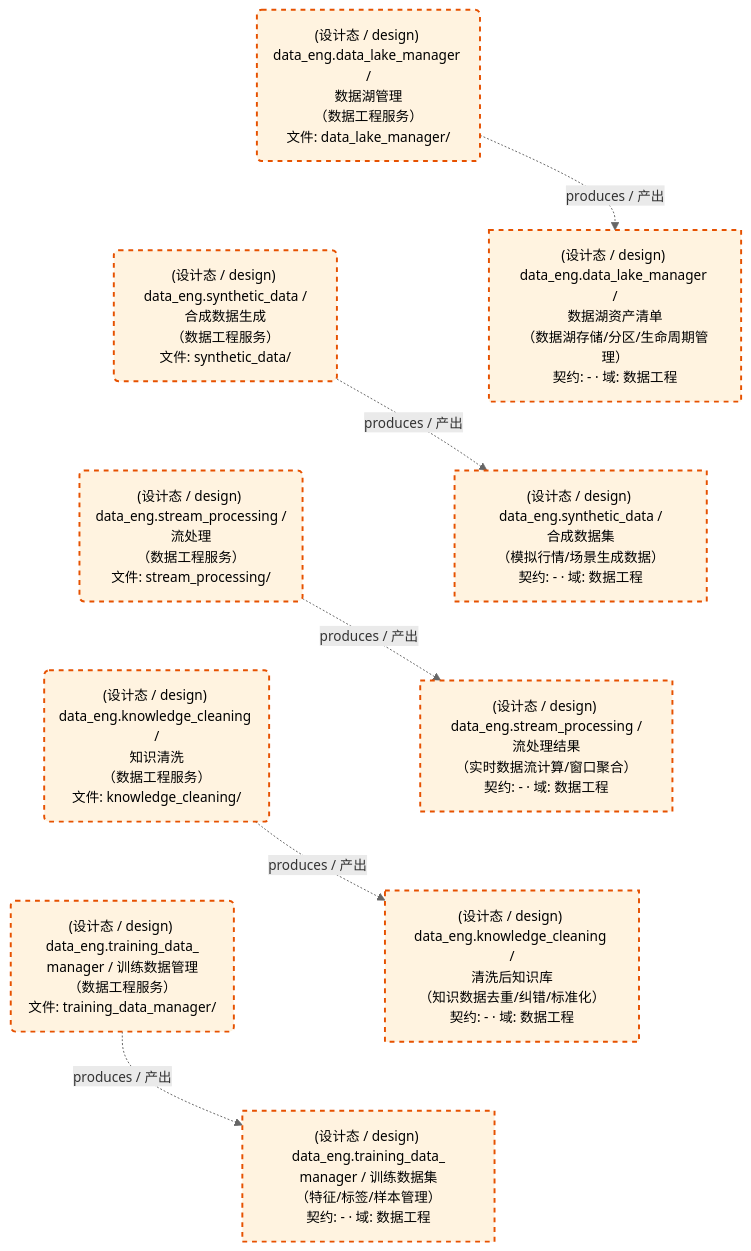
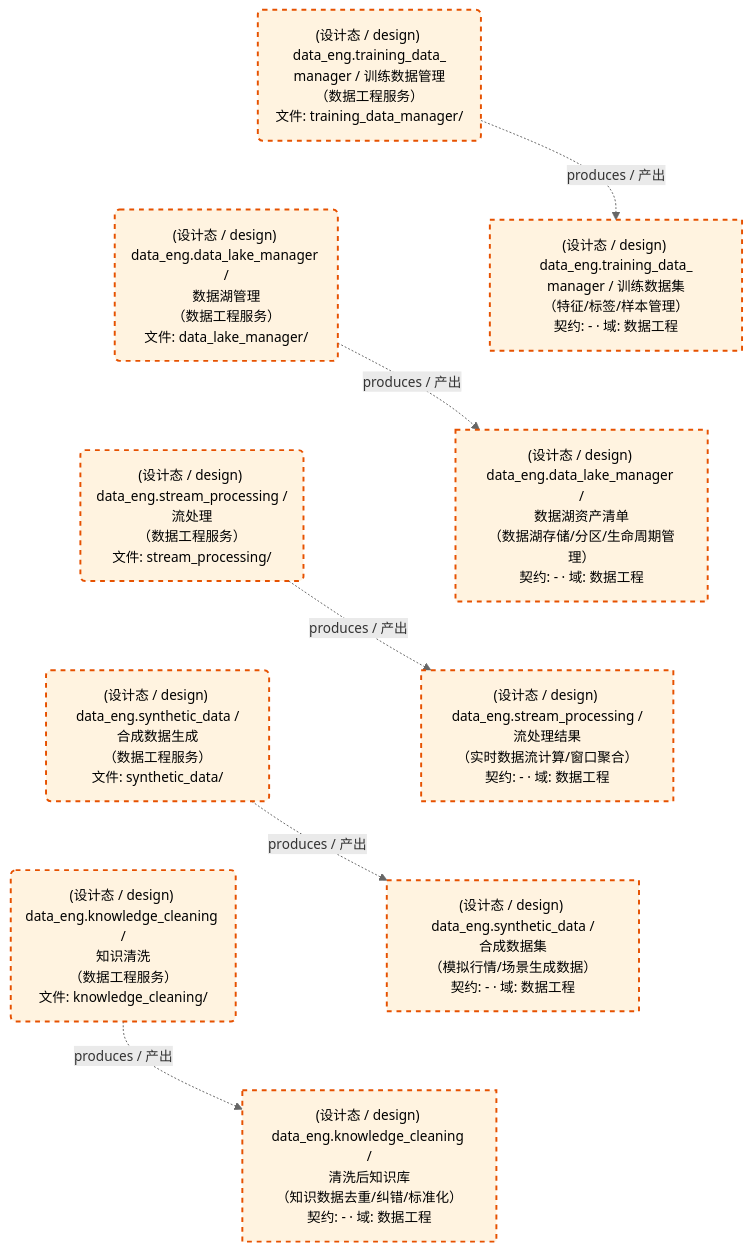
One commit to xuanFelixVan/ZephyrAlpha changed the first of 2 diagrams in docs/02_enterprise_architecture/05_dataflow_architecture/d_data_eng.md. Above: the diagram before and after it, drawn with Mermaid. The commit also changed other lines of this file and 123 other files, not shown here.

````diff
--- a/docs/02_enterprise_architecture/05_dataflow_architecture/d_data_eng.md
+++ b/docs/02_enterprise_architecture/05_dataflow_architecture/d_data_eng.md
@@ -49,32 +49,32 @@
 ```mermaid
 %%{init: {'theme': 'base', 'themeVariables': {'primaryColor': '#eaeaea', 'primaryTextColor': '#333333', 'primaryBorderColor': '#666666', 'lineColor': '#666666', 'secondaryColor': '#eaeaea', 'tertiaryColor': '#eaeaea', 'clusterBkg': 'transparent', 'clusterBorder': 'transparent', 'fontSize': '14px'}}}%%
 flowchart TD
     DS11258["(设计态 / design) data_eng.data_lake_manager /<br/>数据湖资产清单<br/>（数据湖存储/分区/生命周期管理）<br/>契约: - · 域: 数据工程"]
     DS11259["(设计态 / design) data_eng.knowledge_cleaning /<br/>清洗后知识库<br/>（知识数据去重/纠错/标准化）<br/>契约: - · 域: 数据工程"]
     DS11260["(设计态 / design) data_eng.stream_processing /<br/>流处理结果<br/>（实时数据流计算/窗口聚合）<br/>契约: - · 域: 数据工程"]
     DS11261["(设计态 / design) data_eng.synthetic_data /<br/>合成数据集<br/>（模拟行情/场景生成数据）<br/>契约: - · 域: 数据工程"]
     DS11262["(设计态 / design) data_eng.training_data_<br/>manager / 训练数据集<br/>（特征/标签/样本管理）<br/>契约: - · 域: 数据工程"]
     JOB757622("(设计态 / design) data_eng.data_lake_manager /<br/>数据湖管理<br/>（数据工程服务）<br/>文件: data_lake_manager/")
     JOB757623("(设计态 / design) data_eng.knowledge_cleaning /<br/>知识清洗<br/>（数据工程服务）<br/>文件: knowledge_cleaning/")
     JOB757624("(设计态 / design) data_eng.stream_processing /<br/>流处理<br/>（数据工程服务）<br/>文件: stream_processing/")
     JOB757625("(设计态 / design) data_eng.synthetic_data /<br/>合成数据生成<br/>（数据工程服务）<br/>文件: synthetic_data/")
     JOB757626("(设计态 / design) data_eng.training_data_<br/>manager / 训练数据管理<br/>（数据工程服务）<br/>文件: training_data_manager/")
     JOB757622 -.->|produces / 产出| DS11258
     JOB757623 -.->|produces / 产出| DS11259
     JOB757624 -.->|produces / 产出| DS11260
     JOB757625 -.->|produces / 产出| DS11261
     JOB757626 -.->|produces / 产出| DS11262
-    JOB757622 ~~~ JOB757625
-    JOB757625 ~~~ JOB757624
-    JOB757624 ~~~ JOB757623
-    JOB757623 ~~~ JOB757626
-    DS11258 ~~~ DS11261
-    DS11261 ~~~ DS11260
-    DS11260 ~~~ DS11259
-    DS11259 ~~~ DS11262
+    JOB757626 ~~~ JOB757622
+    JOB757622 ~~~ JOB757624
+    JOB757624 ~~~ JOB757625
+    JOB757625 ~~~ JOB757623
+    DS11262 ~~~ DS11258
+    DS11258 ~~~ DS11260
+    DS11260 ~~~ DS11261
+    DS11261 ~~~ DS11259
     classDef production fill:#e1f5fe,stroke:#01579b,stroke-width:2px,color:#000
     classDef design fill:#fff3e0,stroke:#e65100,stroke-width:2px,color:#000,stroke-dasharray: 5 5
     classDef external_prod fill:#e8f4fd,stroke:#0277bd,stroke-width:1px,color:#000
     classDef external_design fill:#fff8e7,stroke:#ef6c00,stroke-width:1px,color:#000,stroke-dasharray: 5 5
     class DS11258,DS11259,DS11260,DS11261,DS11262,JOB757622,JOB757623,JOB757624,JOB757625,JOB757626 design
 ```
````
